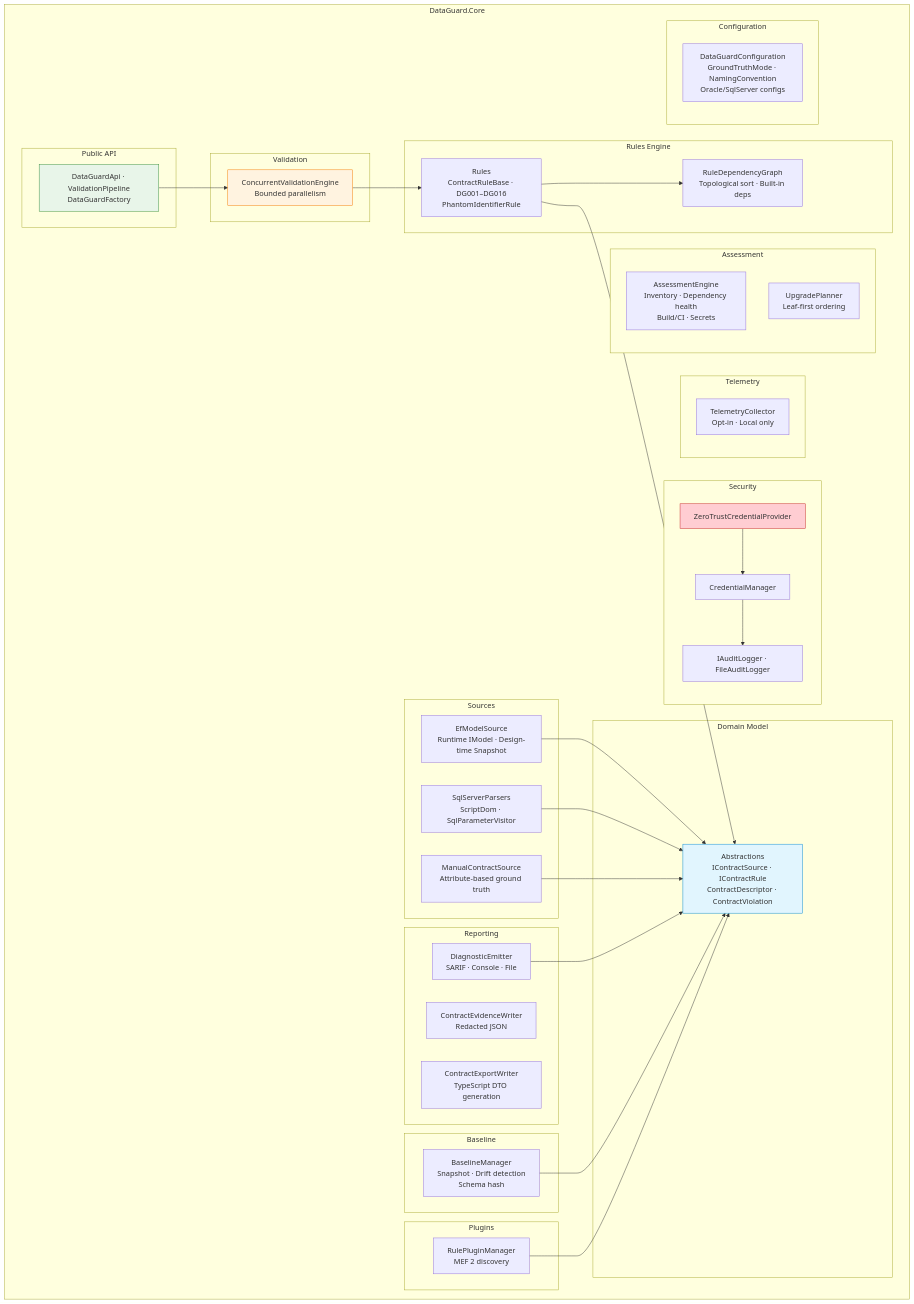
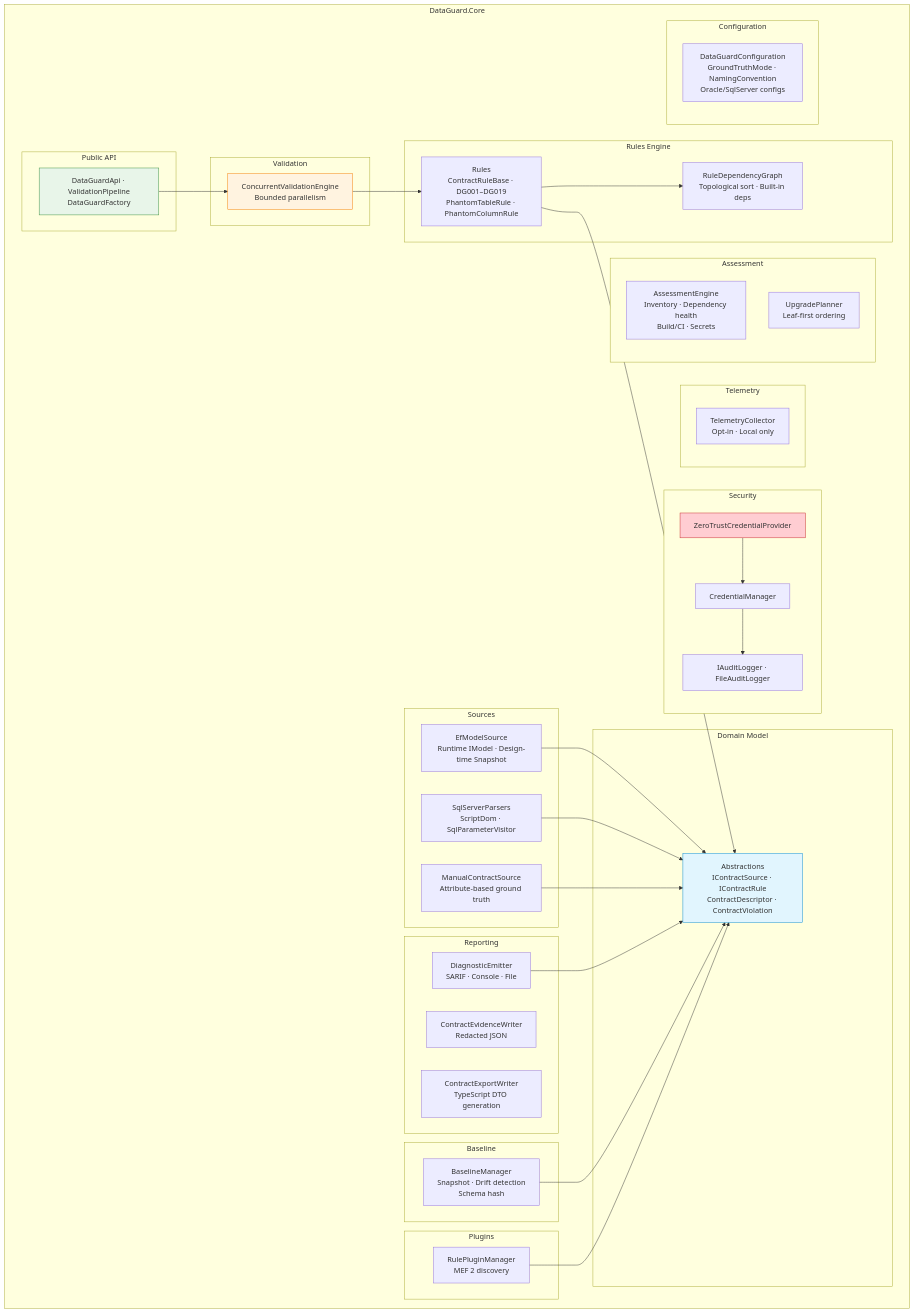
The sixth of 6 diagrams in docs/02-architecture/system-architecture.md (thanhnt-sm/eco_support_net_oracle), drawn with Mermaid before and after one commit. The commit also changed other lines of this file and 33 other files, not shown here.

First line of the commit message:
fix(rules): split phantom rules, fix DG005 nullability, skip SP descriptors in DG013, move parse status to DG019

````diff
--- a/docs/02-architecture/system-architecture.md
+++ b/docs/02-architecture/system-architecture.md
@@ -309,76 +309,76 @@
 ```mermaid
 graph TB
     subgraph "DataGuard.Core"
         subgraph "Domain Model"
             ABS["Abstractions<br/>IContractSource · IContractRule<br/>ContractDescriptor · ContractViolation"]
         end
 
         subgraph "Rules Engine"
-            RULES["Rules<br/>ContractRuleBase · DG001–DG016<br/>PhantomIdentifierRule"]
+            RULES["Rules<br/>ContractRuleBase · DG001–DG019<br/>PhantomTableRule · PhantomColumnRule"]
             RDG["RuleDependencyGraph<br/>Topological sort · Built-in deps"]
         end
 
         subgraph "Sources"
             EF["EfModelSource<br/>Runtime IModel · Design-time Snapshot"]
             SP["SqlServerParsers<br/>ScriptDom · SqlParameterVisitor"]
             MANUAL["ManualContractSource<br/>Attribute-based ground truth"]
         end
 
         subgraph "Security"
             ZTP["ZeroTrustCredentialProvider"]
             CM["CredentialManager"]
             AUDIT["IAuditLogger · FileAuditLogger"]
         end
 
         subgraph "Baseline"
             BM["BaselineManager<br/>Snapshot · Drift detection<br/>Schema hash"]
         end
 
         subgraph "Reporting"
             DE["DiagnosticEmitter<br/>SARIF · Console · File"]
             CE["ContractEvidenceWriter<br/>Redacted JSON"]
             CX["ContractExportWriter<br/>TypeScript DTO generation"]
         end
 
         subgraph "Validation"
             CVE["ConcurrentValidationEngine<br/>Bounded parallelism"]
         end
 
         subgraph "Plugins"
             RPM["RulePluginManager<br/>MEF 2 discovery"]
         end
 
         subgraph "Telemetry"
             TC["TelemetryCollector<br/>Opt-in · Local only"]
         end
 
         subgraph "Assessment"
             AE["AssessmentEngine<br/>Inventory · Dependency health<br/>Build/CI · Secrets"]
             UP["UpgradePlanner<br/>Leaf-first ordering"]
         end
 
         subgraph "Public API"
             API["DataGuardApi · ValidationPipeline<br/>DataGuardFactory"]
         end
 
         subgraph "Configuration"
             CFG["DataGuardConfiguration<br/>GroundTruthMode · NamingConvention<br/>Oracle/SqlServer configs"]
         end
     end
 
     API --> CVE
     CVE --> RULES
     RULES --> ABS
     EF & SP & MANUAL --> ABS
     RULES --> RDG
     DE --> ABS
     BM --> ABS
     ZTP --> CM
     CM --> AUDIT
     RPM --> ABS
 
     style ABS fill:#e1f5fe,stroke:#0288d1
     style API fill:#e8f5e9,stroke:#388e3c
     style CVE fill:#fff3e0,stroke:#f57c00
     style ZTP fill:#ffcdd2,stroke:#c62828
 ```
````
